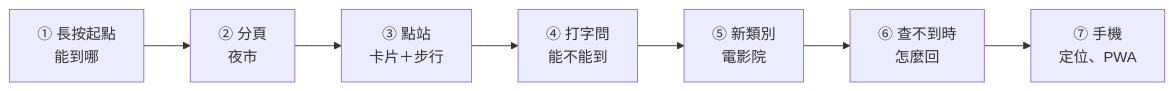
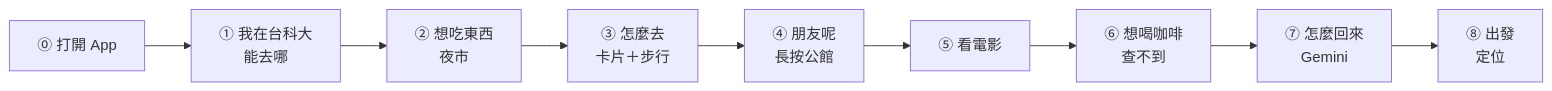
One commit to transit-reach/dev-notes changed the diagram in report/demo.md. Above: the diagram before and after it, drawn with Mermaid. The commit also changed other lines of this file and 1 other file, not shown here.

````diff
--- a/report/demo.md
+++ b/report/demo.md
@@ -6,4 +9,4 @@
 ```mermaid
 flowchart LR
-    S1["① 長按起點<br/>能到哪"] --> S2["② 分頁<br/>夜市"] --> S3["③ 點站<br/>卡片＋步行"] --> S4["④ 打字問<br/>能不能到"] --> S5["⑤ 新類別<br/>電影院"] --> S6["⑥ 查不到時<br/>怎麼回"] --> S7["⑦ 手機<br/>定位、PWA"]
+    S0["⓪ 打開 App"] --> S1["① 我在台科大<br/>能去哪"] --> S2["② 想吃東西<br/>夜市"] --> S3["③ 怎麼去<br/>卡片＋步行"] --> S4["④ 朋友呢<br/>長按公館"] --> S5["⑤ 看電影"] --> S6["⑥ 想喝咖啡<br/>查不到"] --> S7["⑦ 怎麼回來<br/>Gemini"] --> S8["⑧ 出發<br/>定位"]
 ```
````
